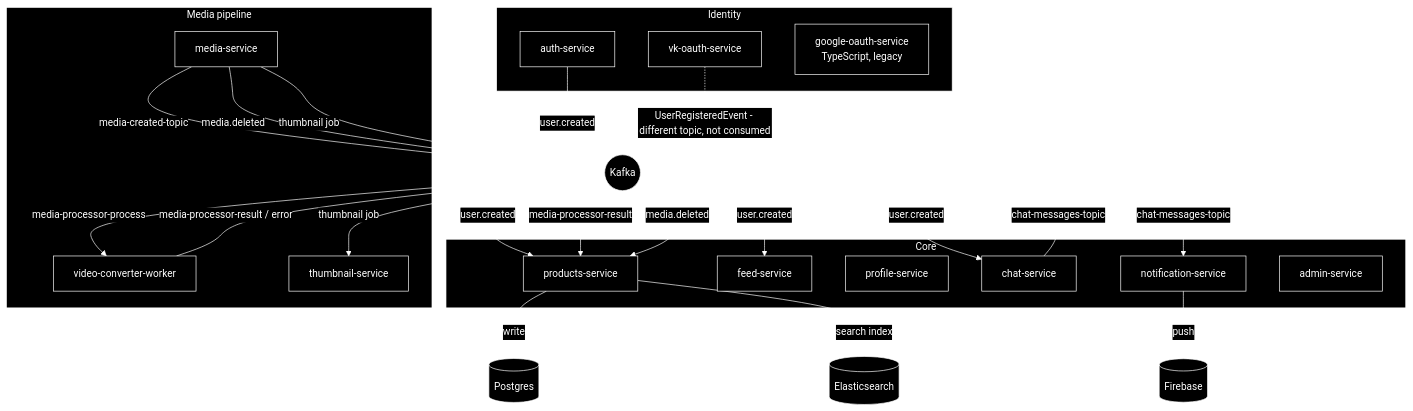
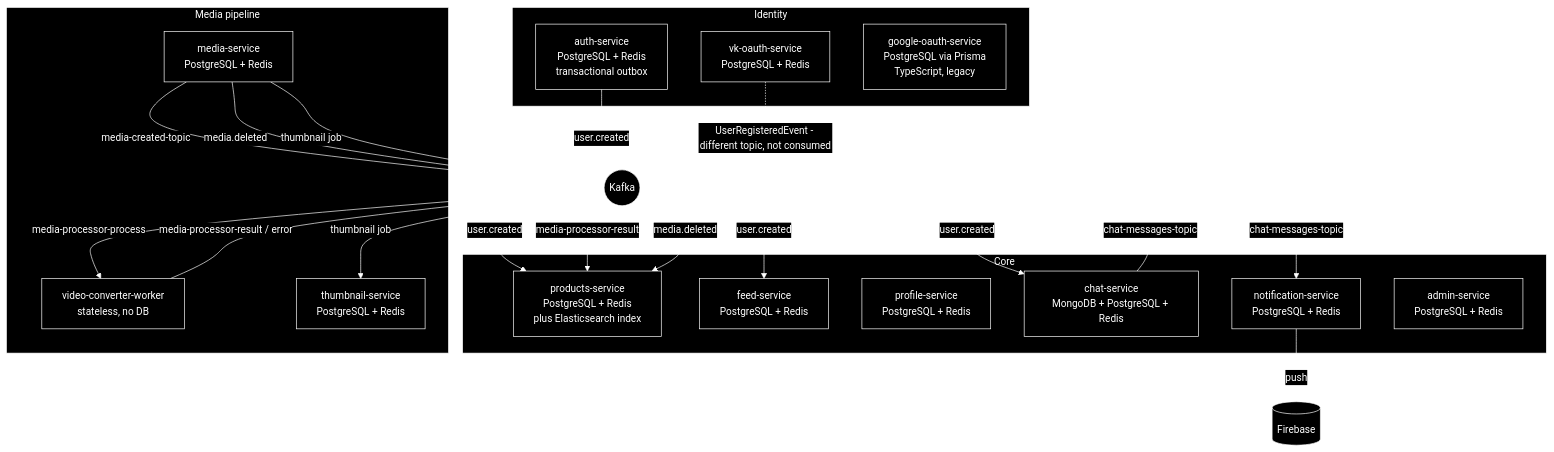
One commit to v3xtr/matreshka changed the diagram in README.md. Above: the diagram before and after it, drawn with Mermaid. The commit also changed other lines of this file, not shown here.

Commit message:
docs: show database-per-service directly on the diagram
The previous pass only reworded the table below the diagram, which
didn't actually make the database-per-service pattern visible where
people look first. Put each service's own store(s) directly in its
node label instead, call out auth-service's transactional outbox
there too, and drop the now-redundant standalone Postgres/
Elasticsearch nodes under products-service.

````diff
--- a/README.md
+++ b/README.md
@@ -27,61 +27,58 @@
 ```mermaid
 %%{init: {'theme': 'base', 'themeVariables': {
     'background': '#000000',
     'primaryColor': '#000000',
     'primaryTextColor': '#ffffff',
     'primaryBorderColor': '#ffffff',
     'lineColor': '#ffffff',
     'secondaryColor': '#000000',
     'tertiaryColor': '#000000',
     'clusterBkg': '#000000',
     'clusterBorder': '#ffffff',
     'edgeLabelBackground': '#000000',
     'fontSize': '15px'
 }}}%%
 flowchart TB
     subgraph Identity
-        AUTH[auth-service]
-        VK[vk-oauth-service]
-        GOOGLE[google-oauth-service<br/>TypeScript, legacy]
+        AUTH[auth-service<br/>PostgreSQL + Redis<br/>transactional outbox]
+        VK[vk-oauth-service<br/>PostgreSQL + Redis]
+        GOOGLE[google-oauth-service<br/>PostgreSQL via Prisma<br/>TypeScript, legacy]
     end
 
     subgraph Core
-        PRODUCTS[products-service]
-        FEED[feed-service]
-        PROFILE[profile-service]
-        CHAT[chat-service]
-        NOTIF[notification-service]
-        ADMIN[admin-service]
+        PRODUCTS[products-service<br/>PostgreSQL + Redis<br/>plus Elasticsearch index]
+        FEED[feed-service<br/>PostgreSQL + Redis]
+        PROFILE[profile-service<br/>PostgreSQL + Redis]
+        CHAT[chat-service<br/>MongoDB + PostgreSQL + Redis]
+        NOTIF[notification-service<br/>PostgreSQL + Redis]
+        ADMIN[admin-service<br/>PostgreSQL + Redis]
     end
 
     subgraph MediaPipeline[Media pipeline]
-        MEDIA[media-service]
-        CONVERTER[video-converter-worker]
-        THUMB[thumbnail-service]
+        MEDIA[media-service<br/>PostgreSQL + Redis]
+        CONVERTER[video-converter-worker<br/>stateless, no DB]
+        THUMB[thumbnail-service<br/>PostgreSQL + Redis]
     end
 
     KAFKA((Kafka))
 
     AUTH -- user.created --> KAFKA
     KAFKA -- user.created --> PRODUCTS
     KAFKA -- user.created --> FEED
     KAFKA -- user.created --> CHAT
 
     VK -. UserRegisteredEvent - different topic, not consumed .-> KAFKA
 
     MEDIA -- media-created-topic --> KAFKA
     KAFKA -- media-processor-process --> CONVERTER
     CONVERTER -- media-processor-result / error --> KAFKA
     KAFKA -- media-processor-result --> PRODUCTS
     MEDIA -- media.deleted --> KAFKA
     KAFKA -- media.deleted --> PRODUCTS
     MEDIA -- thumbnail job --> KAFKA
     KAFKA -- thumbnail job --> THUMB
 
     CHAT -- chat-messages-topic --> KAFKA
     KAFKA -- chat-messages-topic --> NOTIF
     NOTIF -- push --> FCM[(Firebase)]
-
-    PRODUCTS -- write --> PG_P[(Postgres)]
-    PRODUCTS -- search index --> ES[(Elasticsearch)]
 ```
````
